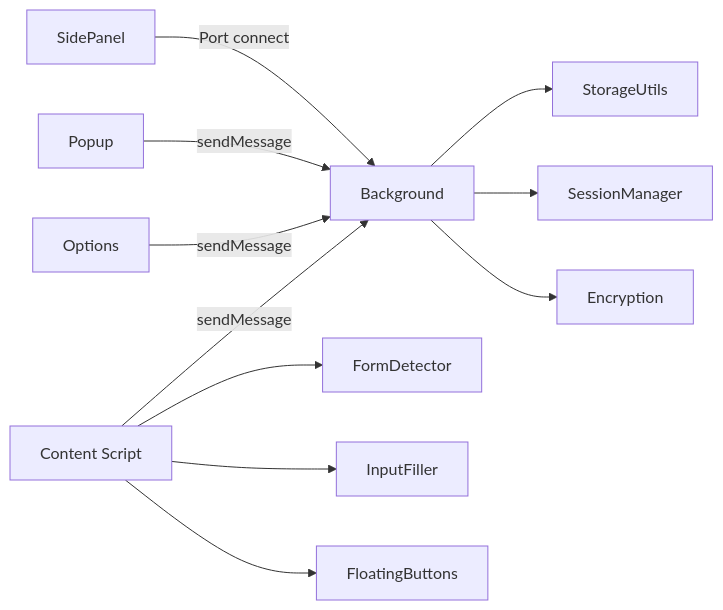
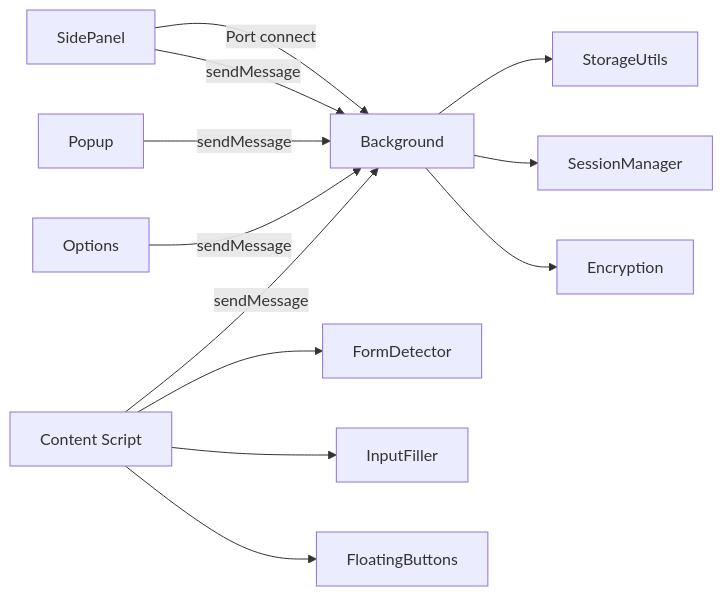
The first of 2 diagrams in docs/ARCHITECTURE.en.md (liaolongdong/account-password-helper), drawn with Mermaid before and after one commit. The commit also changed other lines of this file and 74 other files, not shown here.

````diff
--- a/docs/ARCHITECTURE.en.md
+++ b/docs/ARCHITECTURE.en.md
@@ -32,13 +33,14 @@
 ```mermaid
 graph LR
     CS[Content Script] -->|sendMessage| BG[Background]
     SP[SidePanel] -->|Port connect| BG
+    SP -->|sendMessage| BG
     Popup -->|sendMessage| BG
     Options -->|sendMessage| BG
     BG --> Storage[StorageUtils]
     BG --> Session[SessionManager]
     BG --> Encryption[Encryption]
     CS --> FD[FormDetector]
     CS --> IF[InputFiller]
     CS --> FB[FloatingButtons]
 ```
````
